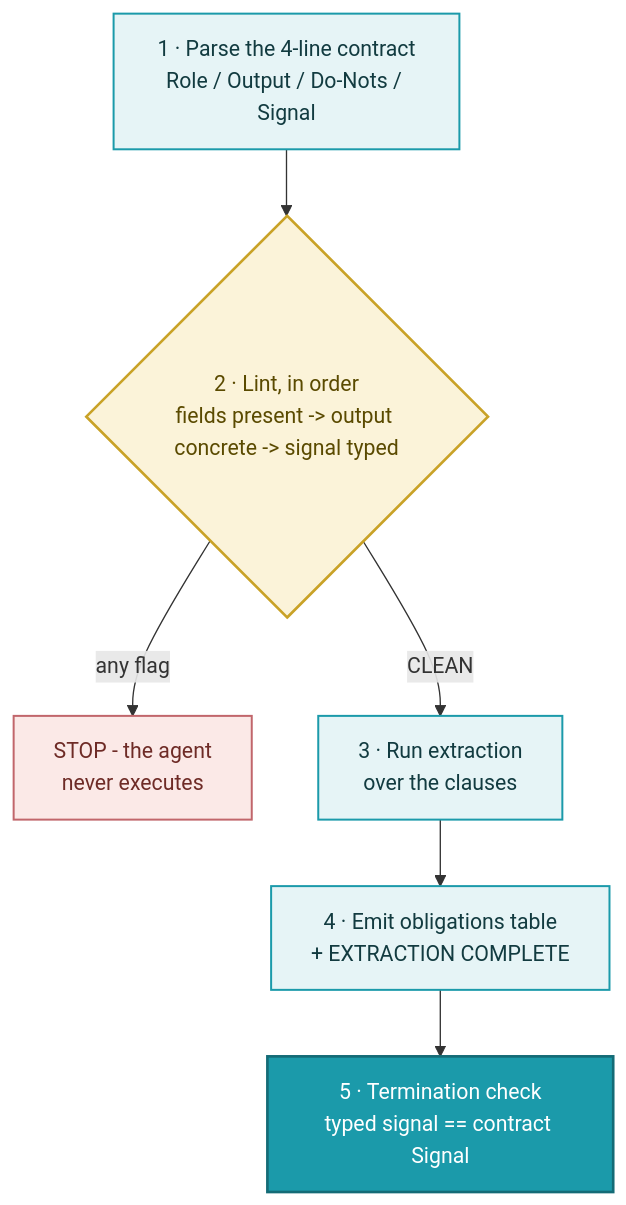
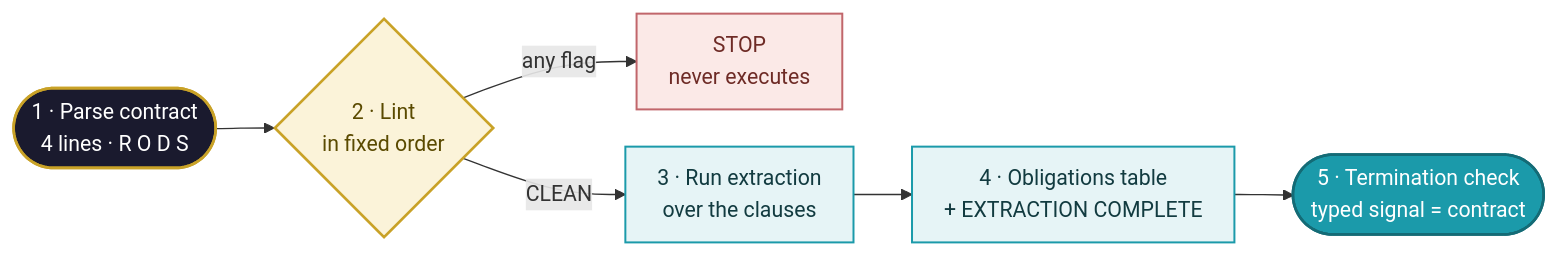
One commit to GAI-Engineering/poc-learning-lab changed the third of 6 diagrams in diagrams/TECHNICAL-FLOWS.md. Above: the diagram before and after it, drawn with Mermaid. The commit also changed other lines of this file and 13 other files, not shown here.

Commit message:
Executive layer completed for all six POCs: market-data lead in every notebook, Patterns 4-6 in the business case, Day 2 key-data rows, technical flows embedded, Day 2 SVG infographics, unified chart style

````diff
--- a/diagrams/TECHNICAL-FLOWS.md
+++ b/diagrams/TECHNICAL-FLOWS.md
@@ -45,12 +58,14 @@
 ```mermaid
-flowchart TD
-    A["1 · Parse the 4-line contract<br/>Role / Output / Do-Nots / Signal"]:::proc --> B{"2 · Lint, in order<br/>fields present -> output concrete -> signal typed"}:::decision
-    B -->|any flag| X["STOP - the agent<br/>never executes"]:::warn
+%%{init: {"flowchart": {"nodeSpacing": 28, "rankSpacing": 44, "padding": 12}}}%%
+flowchart LR
+    A(["1 · Parse contract<br/>4 lines · R O D S"]):::io --> B{"2 · Lint<br/>in fixed order"}:::decision
+    B -->|any flag| X["STOP<br/>never executes"]:::warn
     B -->|CLEAN| C["3 · Run extraction<br/>over the clauses"]:::proc
-    C --> D["4 · Emit obligations table<br/>+ EXTRACTION COMPLETE"]:::proc
-    D --> E["5 · Termination check<br/>typed signal == contract Signal"]:::metric
+    C --> D["4 · Obligations table<br/>+ EXTRACTION COMPLETE"]:::proc
+    D --> E(["5 · Termination check<br/>typed signal = contract"]):::metric
+    classDef io fill:#1A1A2E,stroke:#C9A227,stroke-width:2px,color:#FFFFFF;
     classDef proc fill:#E6F4F6,stroke:#1B9AAA,stroke-width:1.5px,color:#123B40;
     classDef decision fill:#FBF3D9,stroke:#C9A227,stroke-width:2px,color:#5A4A00;
     classDef warn fill:#FBE9E7,stroke:#C1666B,stroke-width:1.5px,color:#6E2B26;
     classDef metric fill:#1B9AAA,stroke:#146B76,stroke-width:2px,color:#FFFFFF;
 ```
````
